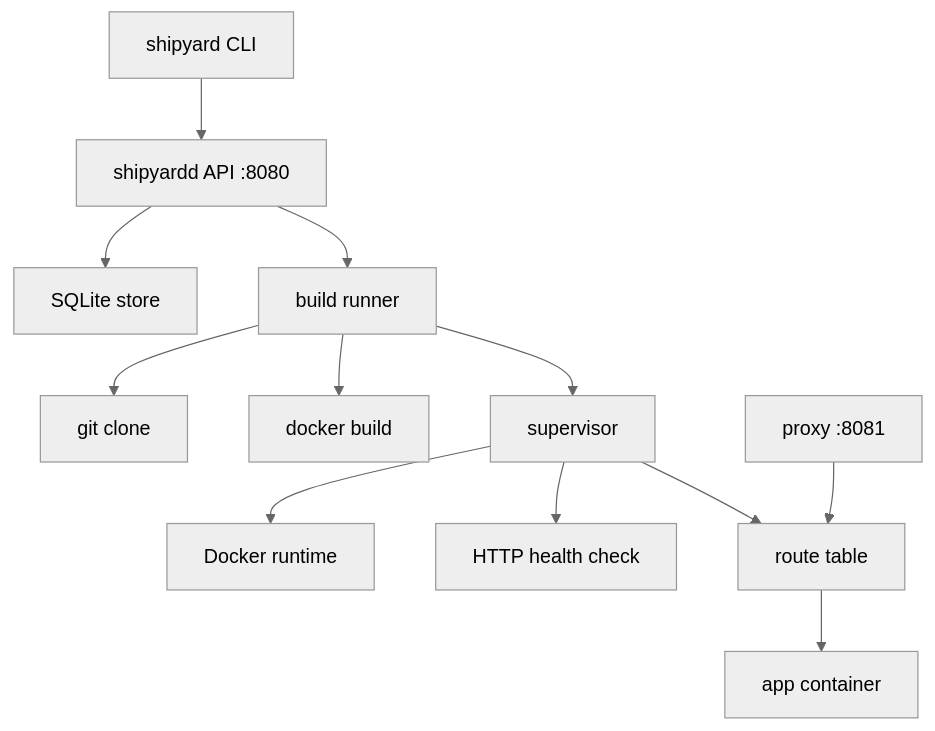
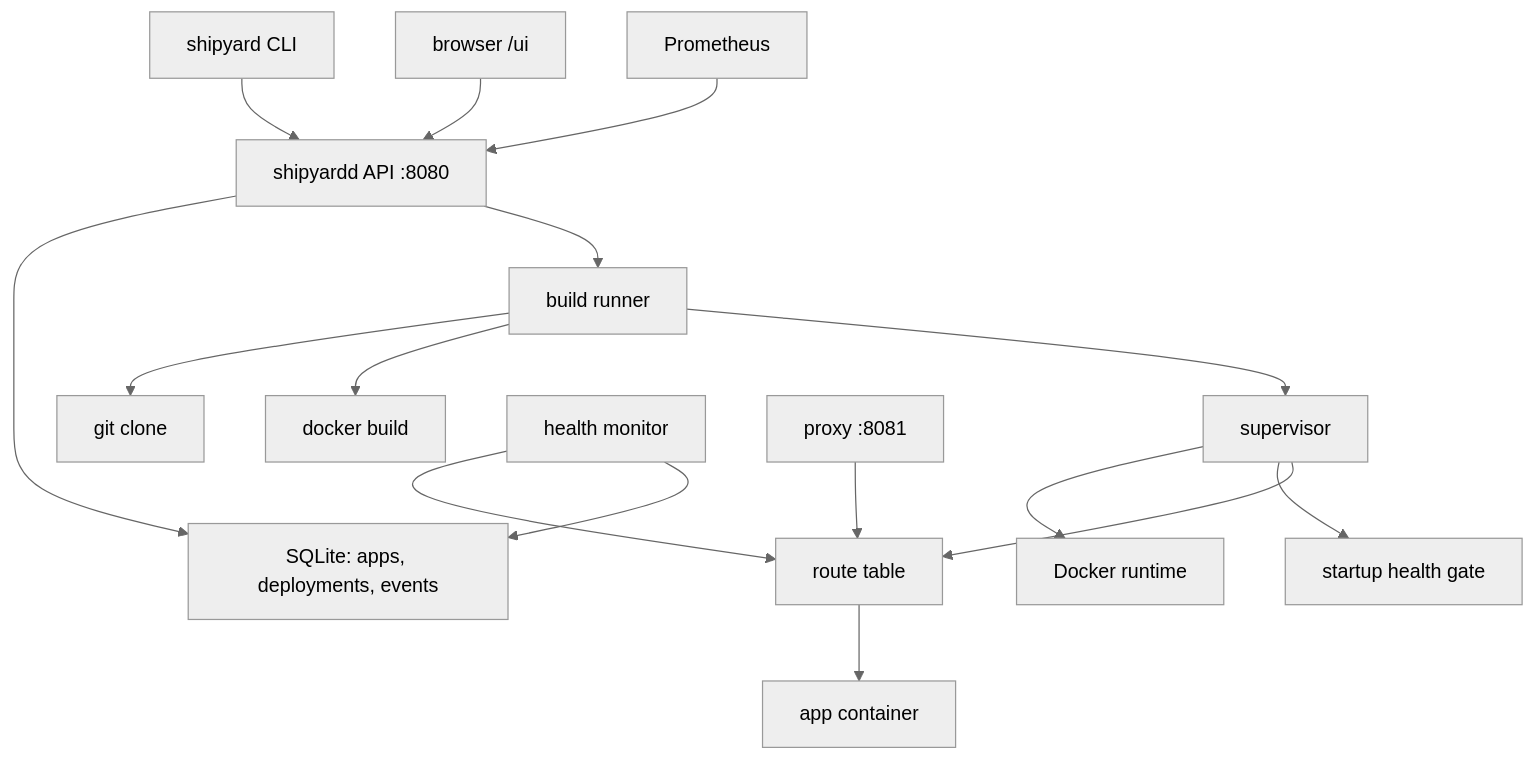
One commit to gabbygtobar-coder/shipyard changed the first of 2 diagrams in README.md. Above: the diagram before and after it, drawn with Mermaid (neutral theme). The commit also changed other lines of this file and 48 other files, not shown here.

````diff
--- a/README.md
+++ b/README.md
@@ -143,14 +97,18 @@
 ```mermaid
 flowchart TD
   cli["shipyard CLI"] --> api["shipyardd API :8080"]
-  api --> store["SQLite store"]
+  browser["browser /ui"] --> api
+  api --> store["SQLite: apps, deployments, events"]
   api --> runner["build runner"]
   runner --> git["git clone"]
   runner --> build["docker build"]
   runner --> supervisor["supervisor"]
   supervisor --> docker["Docker runtime"]
-  supervisor --> health["HTTP health check"]
+  supervisor --> gate["startup health gate"]
   supervisor --> routes["route table"]
+  monitor["health monitor"] --> routes
+  monitor --> store
   proxy["proxy :8081"] --> routes
   routes --> app["app container"]
+  prometheus["Prometheus"] --> api
 ```
````
